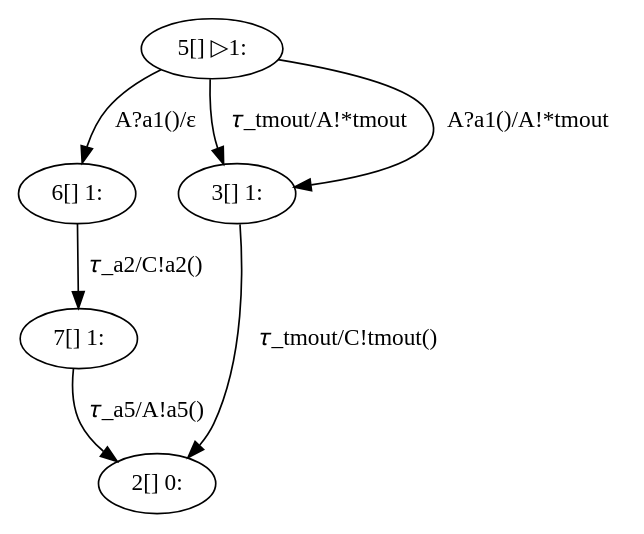
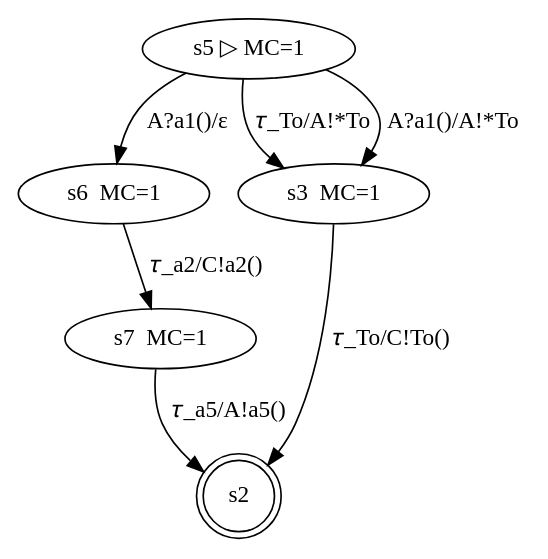
The diagram in generated/Timeout/B.dot (LauraVoinea/scribble-java), drawn with Graphviz before and after one commit. The commit also changed 15 other files, not shown here.

```diff
--- a/generated/Timeout/B.dot
+++ b/generated/Timeout/B.dot
@@ -1,14 +1,14 @@
 digraph G {
 compound = true;
-"5" [ label="5[] ▷1:" ];
-"6" [ label="6[] 1:" ];
-"7" [ label="7[] 1:" ];
-"2" [ label="2[] 0:" ];
-"3" [ label="3[] 1:" ];
-"5" -> "3" [ label="𝜏_tmout/A!*tmout" ];
+"5" [ label="s5 ▷ MC=1" ];
+"6" [ label="s6  MC=1" ];
+"7" [ label="s7  MC=1" ];
+"2" [ label="s2", shape=doublecircle];
+"3" [ label="s3  MC=1" ];
+"5" -> "3" [ label="𝜏_To/A!*To" ];
 "5" -> "6" [ label="A?a1()/ε" ];
-"5" -> "3" [ label="A?a1()/A!*tmout" ];
+"5" -> "3" [ label="A?a1()/A!*To" ];
+"3" -> "2" [ label="𝜏_To/C!To()" ];
 "6" -> "7" [ label="𝜏_a2/C!a2()" ];
 "7" -> "2" [ label="𝜏_a5/A!a5()" ];
-"3" -> "2" [ label="𝜏_tmout/C!tmout()" ];
 }
```
